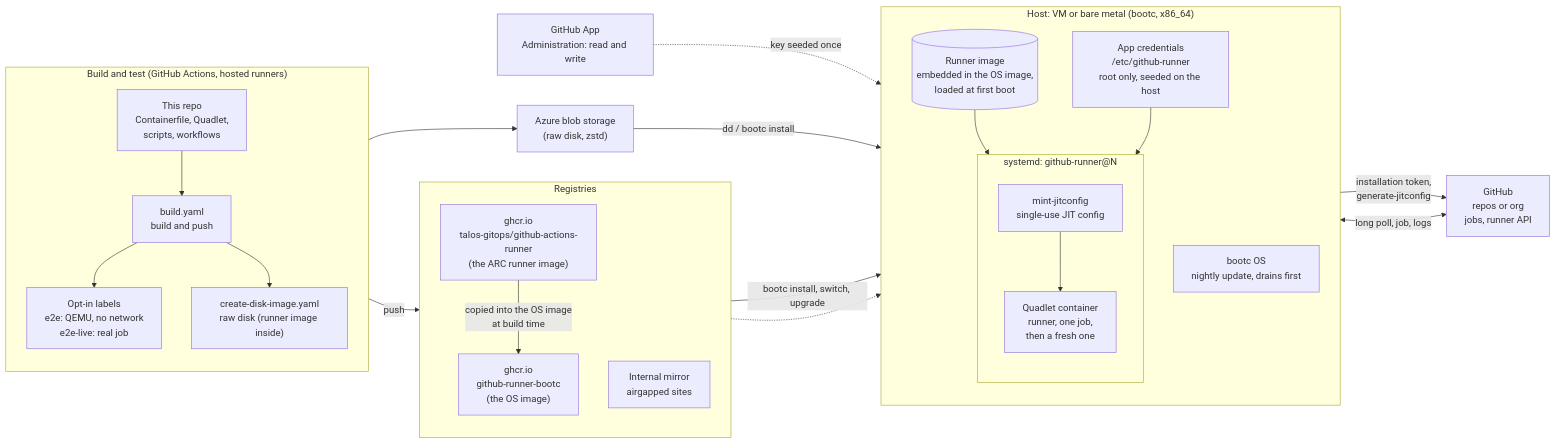
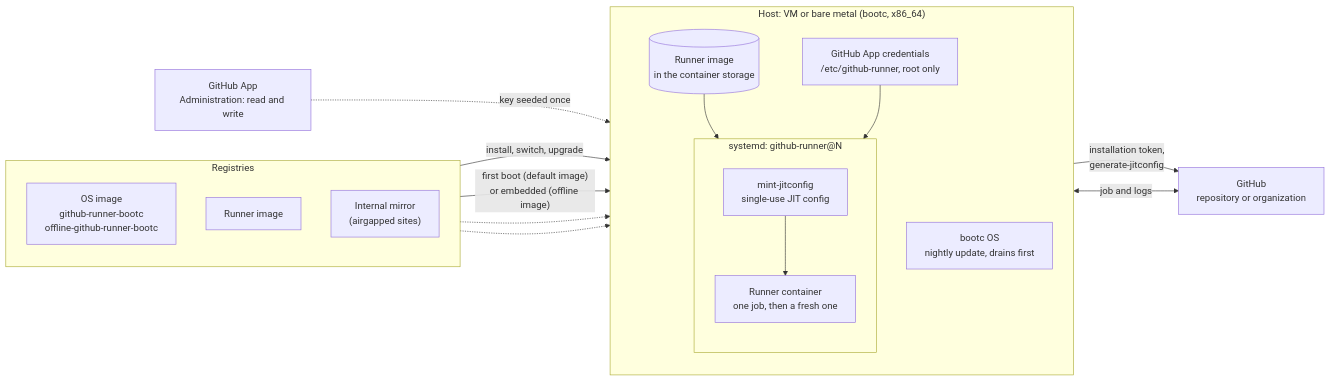
One commit to cthtrifork/github-runner-bootc changed the first of 2 diagrams in docs/architecture.md. Above: the diagram before and after it, drawn with Mermaid. The commit also changed other lines of this file and 31 other files, not shown here.

````diff
--- a/docs/architecture.md
+++ b/docs/architecture.md
@@ -7,49 +3,35 @@
 ```mermaid
 flowchart LR
-    subgraph BUILD["Build and test (GitHub Actions, hosted runners)"]
-        direction TB
-        SRC["This repo<br/>Containerfile, Quadlet,<br/>scripts, workflows"]
-        CI["build.yaml<br/>build and push"]
-        E2E["Opt-in labels<br/>e2e: QEMU, no network<br/>e2e-live: real job"]
-        DISK["create-disk-image.yaml<br/>raw disk (runner image inside)"]
-        SRC --> CI --> E2E
-        CI --> DISK
-    end
-
     subgraph REG["Registries"]
         direction TB
-        OS["ghcr.io<br/>github-runner-bootc<br/>(the OS image)"]
-        RUN["ghcr.io<br/>talos-gitops/github-actions-runner<br/>(the ARC runner image)"]
-        MIRROR["Internal mirror<br/>airgapped sites"]
+        OS["OS image<br/>github-runner-bootc<br/>offline-github-runner-bootc"]
+        RUN["Runner image"]
+        MIRROR["Internal mirror<br/>(airgapped sites)"]
     end
-
-    DEST["Azure blob storage<br/>(raw disk, zstd)"]
 
     subgraph HOST["Host: VM or bare metal (bootc, x86_64)"]
         direction TB
         BOOTC["bootc OS<br/>nightly update, drains first"]
-        BOUND[("Runner image<br/>embedded in the OS image,<br/>loaded at first boot")]
+        STORE[("Runner image<br/>in the container storage")]
         subgraph UNITS["systemd: github-runner@N"]
             direction TB
             MINT["mint-jitconfig<br/>single-use JIT config"]
-            CTR["Quadlet container<br/>runner, one job,<br/>then a fresh one"]
+            CTR["Runner container<br/>one job, then a fresh one"]
             MINT --> CTR
         end
-        SEED["App credentials<br/>/etc/github-runner<br/>root only, seeded on the host"]
-        BOUND --> CTR
+        SEED["GitHub App credentials<br/>/etc/github-runner, root only"]
+        STORE --> CTR
         SEED --> MINT
     end
 
-    GH["GitHub<br/>repos or org<br/>jobs, runner API"]
+    GH["GitHub<br/>repository or organization"]
     APP["GitHub App<br/>Administration: read and write"]
 
-    CI -- "push" --> OS
-    DISK --> DEST
-    DEST -- "dd / bootc install" --> HOST
-    OS -- "bootc install, switch, upgrade" --> BOOTC
-    RUN -- "copied into the OS image<br/>at build time" --> OS
+    OS -- "install, switch, upgrade" --> BOOTC
+    RUN -- "first boot (default image)<br/>or embedded (offline image)" --> STORE
     MIRROR -.-> BOOTC
+    MIRROR -.-> STORE
     APP -. "key seeded once" .-> SEED
     MINT -- "installation token,<br/>generate-jitconfig" --> GH
-    CTR <-- "long poll, job, logs" --> GH
+    CTR <-- "job and logs" --> GH
 ```
````
